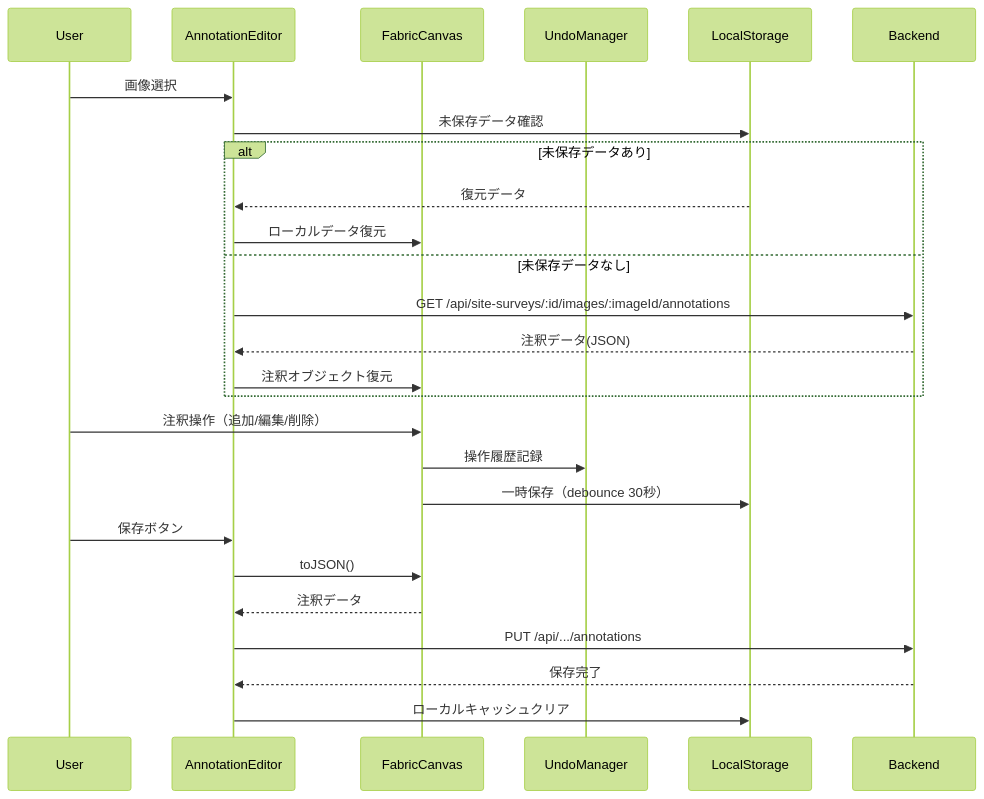
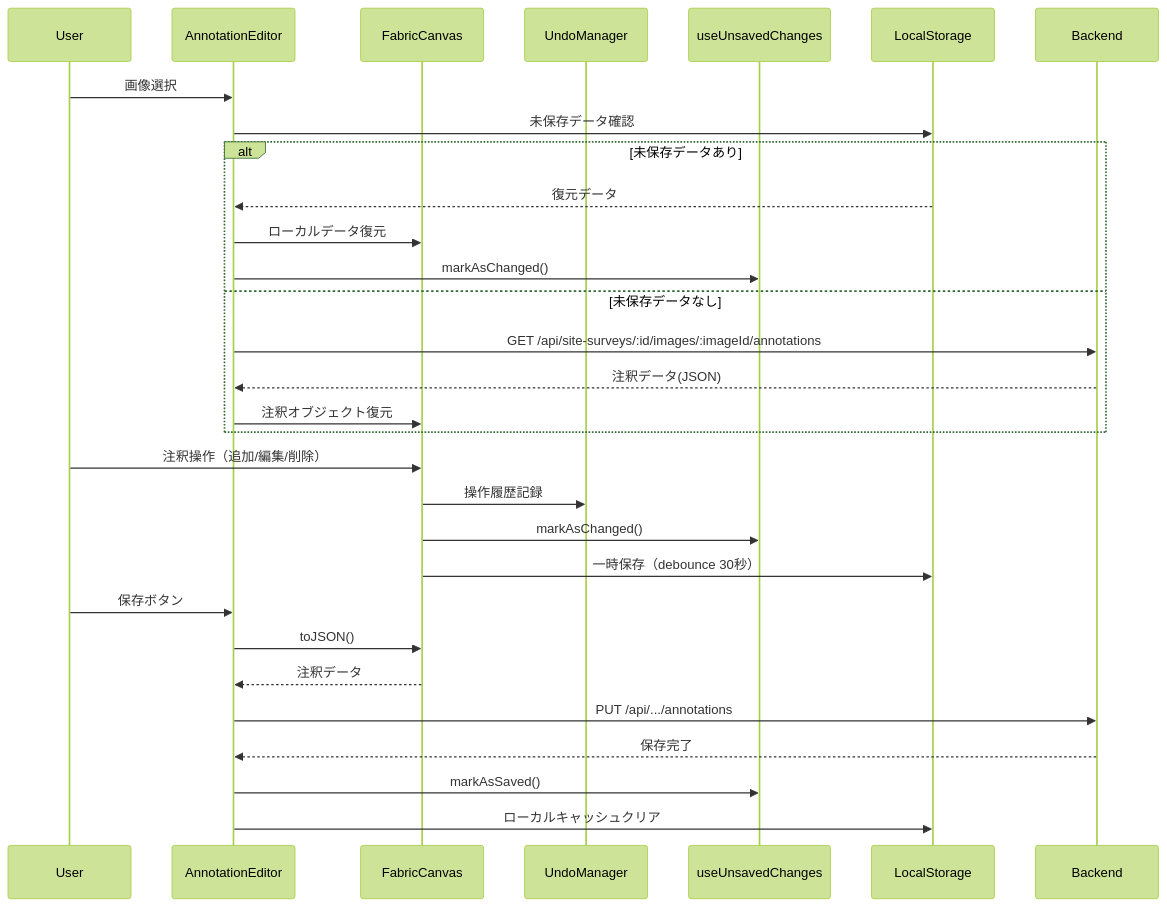
The third of 10 diagrams in .kiro/specs/site-survey/design.md (inakanou/ArchiTrack), drawn with Mermaid (forest theme) before and after one commit. The commit also changed other lines of this file and 65 other files, not shown here.

````diff
--- a/.kiro/specs/site-survey/design.md
+++ b/.kiro/specs/site-survey/design.md
@@ -173,31 +185,35 @@
 ```mermaid
 sequenceDiagram
     participant User
     participant AnnotationEditor
     participant FabricCanvas
     participant UndoManager
+    participant useUnsavedChanges
     participant LocalStorage
     participant Backend
 
     User->>AnnotationEditor: 画像選択
     AnnotationEditor->>LocalStorage: 未保存データ確認
     alt 未保存データあり
         LocalStorage-->>AnnotationEditor: 復元データ
         AnnotationEditor->>FabricCanvas: ローカルデータ復元
+        AnnotationEditor->>useUnsavedChanges: markAsChanged()
     else 未保存データなし
         AnnotationEditor->>Backend: GET /api/site-surveys/:id/images/:imageId/annotations
         Backend-->>AnnotationEditor: 注釈データ(JSON)
         AnnotationEditor->>FabricCanvas: 注釈オブジェクト復元
     end
 
     User->>FabricCanvas: 注釈操作（追加/編集/削除）
     FabricCanvas->>UndoManager: 操作履歴記録
+    FabricCanvas->>useUnsavedChanges: markAsChanged()
     FabricCanvas->>LocalStorage: 一時保存（debounce 30秒）
 
     User->>AnnotationEditor: 保存ボタン
     AnnotationEditor->>FabricCanvas: toJSON()
     FabricCanvas-->>AnnotationEditor: 注釈データ
     AnnotationEditor->>Backend: PUT /api/.../annotations
     Backend-->>AnnotationEditor: 保存完了
+    AnnotationEditor->>useUnsavedChanges: markAsSaved()
     AnnotationEditor->>LocalStorage: ローカルキャッシュクリア
 ```
````
